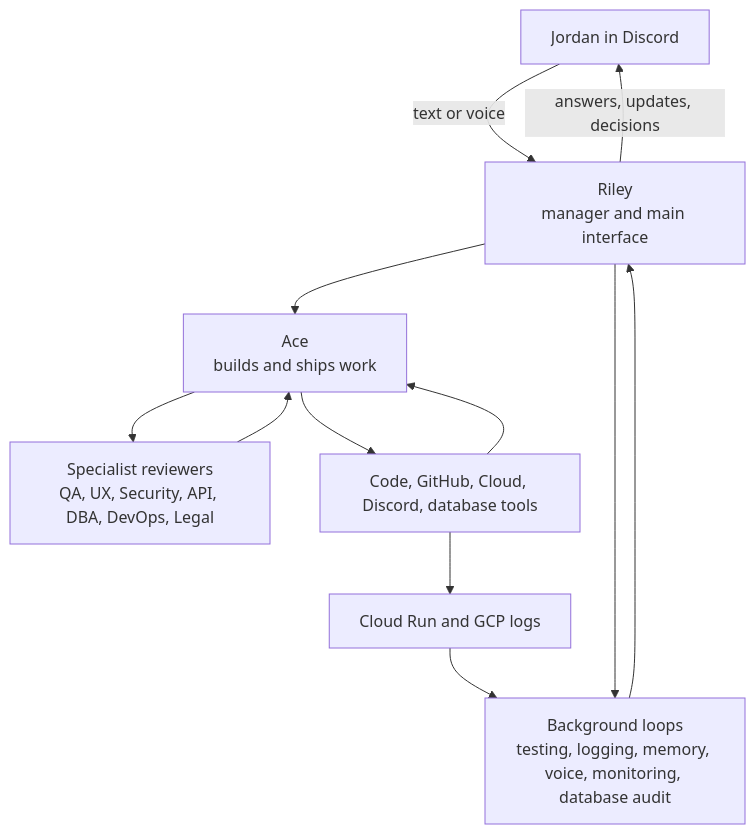
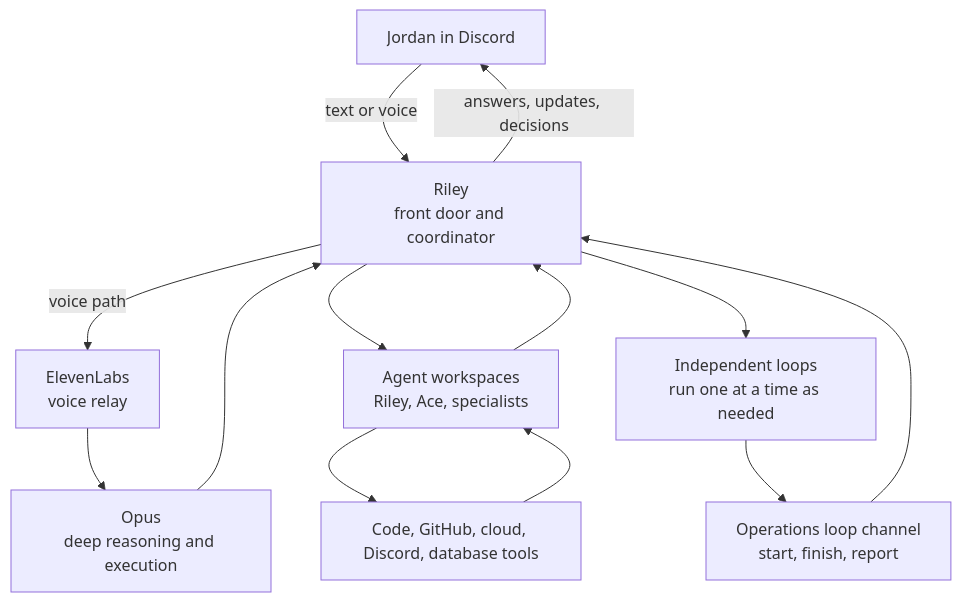
One commit to jflessenkemper/ASAP-discord changed the diagram in README.md. Above: the diagram before and after it, drawn with Mermaid. The commit also changed other lines of this file and 6 other files, not shown here.

Commit message:
Add Riley loop channel architecture

````diff
--- a/README.md
+++ b/README.md
@@ -33,22 +32,24 @@
 ```mermaid
 flowchart TD
     User[Jordan in Discord]
-    Riley[Riley<br/>manager and main interface]
-    Ace[Ace<br/>builds and ships work]
-    Specialists[Specialist reviewers<br/>QA, UX, Security, API, DBA, DevOps, Legal]
-    Loops[Background loops<br/>testing, logging, memory, voice, monitoring, database audit]
-    Tools[Code, GitHub, Cloud, Discord, database tools]
-    CloudLogs[Cloud Run and GCP logs]
+    Riley[Riley<br/>front door and coordinator]
+    Voice[ElevenLabs<br/>voice relay]
+    Opus[Opus<br/>deep reasoning and execution]
+    Workspaces[Agent workspaces<br/>Riley, Ace, specialists]
+    Loops[Independent loops<br/>run one at a time as needed]
+    LoopOps[Operations loop channel<br/>start, finish, report]
+    Tools[Code, GitHub, cloud, Discord, database tools]
 
     User -->|text or voice| Riley
-    Riley --> Ace
-    Ace --> Specialists
-    Specialists --> Ace
-    Ace --> Tools
-    Tools --> Ace
-    Tools --> CloudLogs
-    CloudLogs --> Loops
+    Riley -->|voice path| Voice
+    Voice --> Opus
+    Opus --> Riley
+    Riley --> Workspaces
+    Workspaces --> Tools
+    Tools --> Workspaces
+    Workspaces --> Riley
     Riley --> Loops
-    Loops --> Riley
+    Loops --> LoopOps
+    LoopOps --> Riley
     Riley -->|answers, updates, decisions| User
 ```
````
